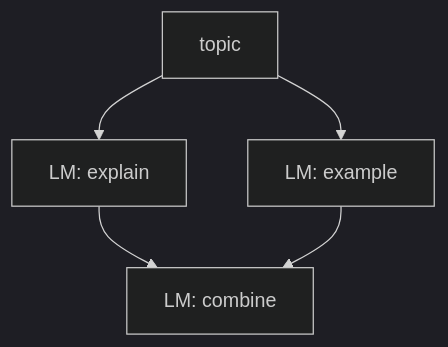
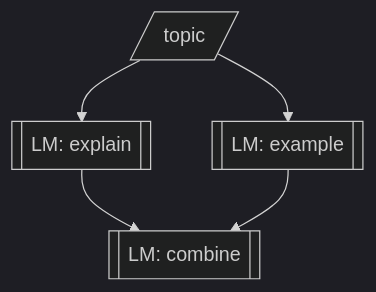
Before and after one commit to ASEM000/autoform: the diagram in docs/tutorial/index.md, drawn with Mermaid (dark theme). The commit also changed other lines of this file and 4 other files, not shown here.

Commit message:
docs: improve mermaid

````diff
--- a/docs/tutorial/index.md
+++ b/docs/tutorial/index.md
@@ -433,7 +433,7 @@
 ```{mermaid}
 flowchart TD
-    topic["topic"] --> explain["LM: explain"]
-    topic --> example["LM: example"]
-    explain --> combine["LM: combine"]
+    topic[/topic/] --> explain[["LM: explain"]]
+    topic --> example[["LM: example"]]
+    explain --> combine[["LM: combine"]]
     example --> combine
 ```
````
